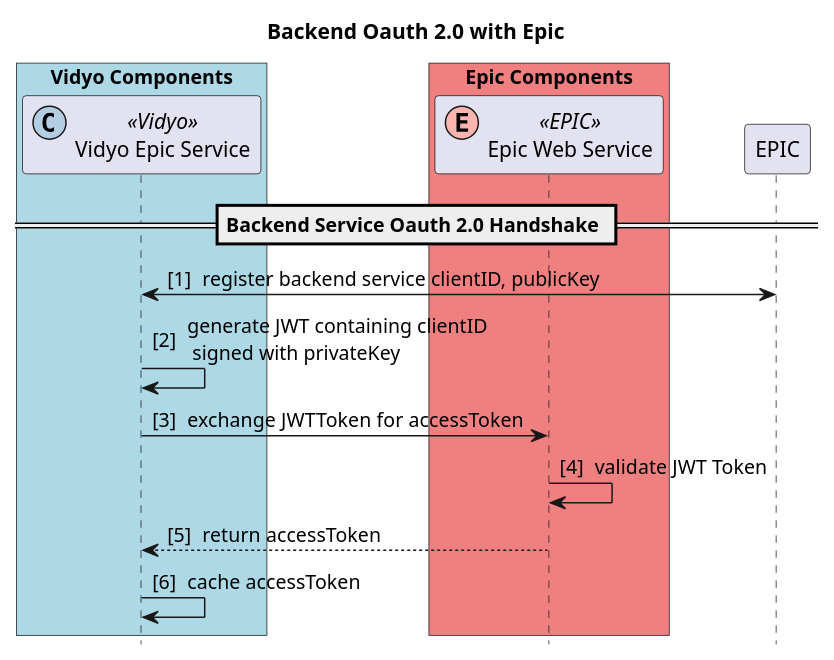
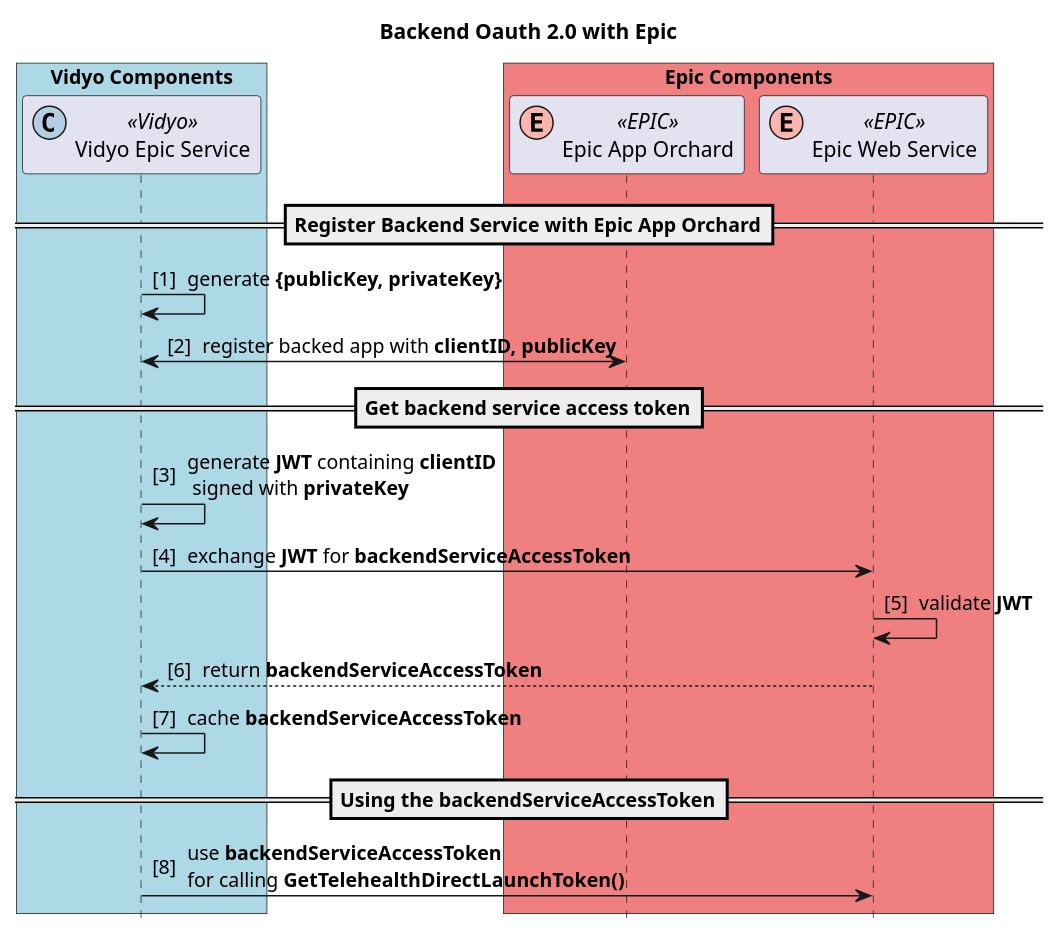
Before and after one commit to squashmeister99/architecture-viewer: the diagram in docs/uml/source/backEndAuth.wsd, drawn with PlantUML. The commit also changed 1 other file, not shown here.

Commit message:
backend launch

```diff
--- a/docs/uml/source/backEndAuth.wsd
+++ b/docs/uml/source/backEndAuth.wsd
@@ -1,33 +1,36 @@
 @startuml
 title "Backend Oauth 2.0 with Epic"
 hide footbox
 hide unlinked
 
 autonumber "[0] "
 
 box "User" #LightGreen
 participant "Patient" as Patient << (U, #ccebc5) user >>
 participant "Browser" as Browser << (U, #ccebc5) user >>
 end box
 
 box "Vidyo Components" #LightBlue
 participant "Vidyo Epic Service" as VidyoEpicService << (C, #b3cde3) Vidyo >>
 participant "Portal" as Portal << (C, #b3cde3) Vidyo >>
 participant "Portal Database/Query Parameter Service" as PortalDB << (C, #b3cde3) Vidyo >>
 participant "VidyoConnect App" as VidyoConnect << (C, #b3cde3  ) Vidyo >>
 end box
 
 box "Epic Components" #LightCoral
-participant "My Chart" as Epic << (E, #fbb4ae) EPIC >>
+participant "Epic App Orchard" as EPIC << (E, #fbb4ae) EPIC >>
 participant "Epic Web Service" as EPS << (E, #fbb4ae) EPIC >>
 end box
 
-==Backend Service Oauth 2.0 Handshake ==
-VidyoEpicService<->EPIC : register backend service clientID, publicKey
-VidyoEpicService->VidyoEpicService : generate JWT containing clientID \n signed with privateKey
-VidyoEpicService->EPS : exchange JWTToken for accessToken 
-EPS->EPS : validate JWT Token
-VidyoEpicService<--EPS : return accessToken
-VidyoEpicService->VidyoEpicService : cache accessToken
-
+==Register Backend Service with Epic App Orchard==
+VidyoEpicService->VidyoEpicService: generate **{publicKey, privateKey}**
+VidyoEpicService<->EPIC : register backed app with **clientID, publicKey**
+==Get backend service access token==
+VidyoEpicService->VidyoEpicService : generate **JWT** containing **clientID** \n signed with **privateKey**
+VidyoEpicService->EPS : exchange **JWT** for **backendServiceAccessToken** 
+EPS->EPS : validate **JWT**
+VidyoEpicService<--EPS : return **backendServiceAccessToken**
+VidyoEpicService->VidyoEpicService : cache **backendServiceAccessToken**
+==Using the backendServiceAccessToken==
+VidyoEpicService->EPS : use **backendServiceAccessToken** \nfor calling **GetTelehealthDirectLaunchToken()**
 @enduml
```
